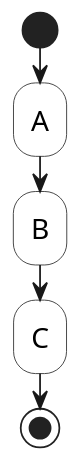
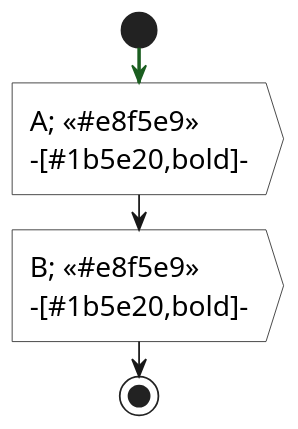
Before and after one commit to inponomarev/coverage-talk: diagram 15 of 36 in src/main/asciidoc/lecture.adoc, drawn with PlantUML. The commit also changed other lines of this file and 10 other files, not shown here.

```diff
--- a/src/main/asciidoc/lecture.adoc
+++ b/src/main/asciidoc/lecture.adoc
@@ -683,22 +878,24 @@
-[plantuml, abc, png]
+[plantuml, ab, png]
 ----
 @startuml
 !pragma useVerticalIf on
 skinparam dpi 135
 skinparam shadowing false
 skinparam defaultFontName Helvetica
 skinparam activity {
   FontSize 16
   BorderColor #333333
   BackgroundColor white
   DiamondBorderColor #333333
   DiamondBackgroundColor white
 }
 
 start
-:A;
-:B;
-:C;
+-[#1b5e20,bold]->
+:A; <<#e8f5e9>>
+-[#1b5e20,bold]->
+:B; <<#e8f5e9>>
+-[#1b5e20,bold]->
 stop
 @enduml
 ----
```
